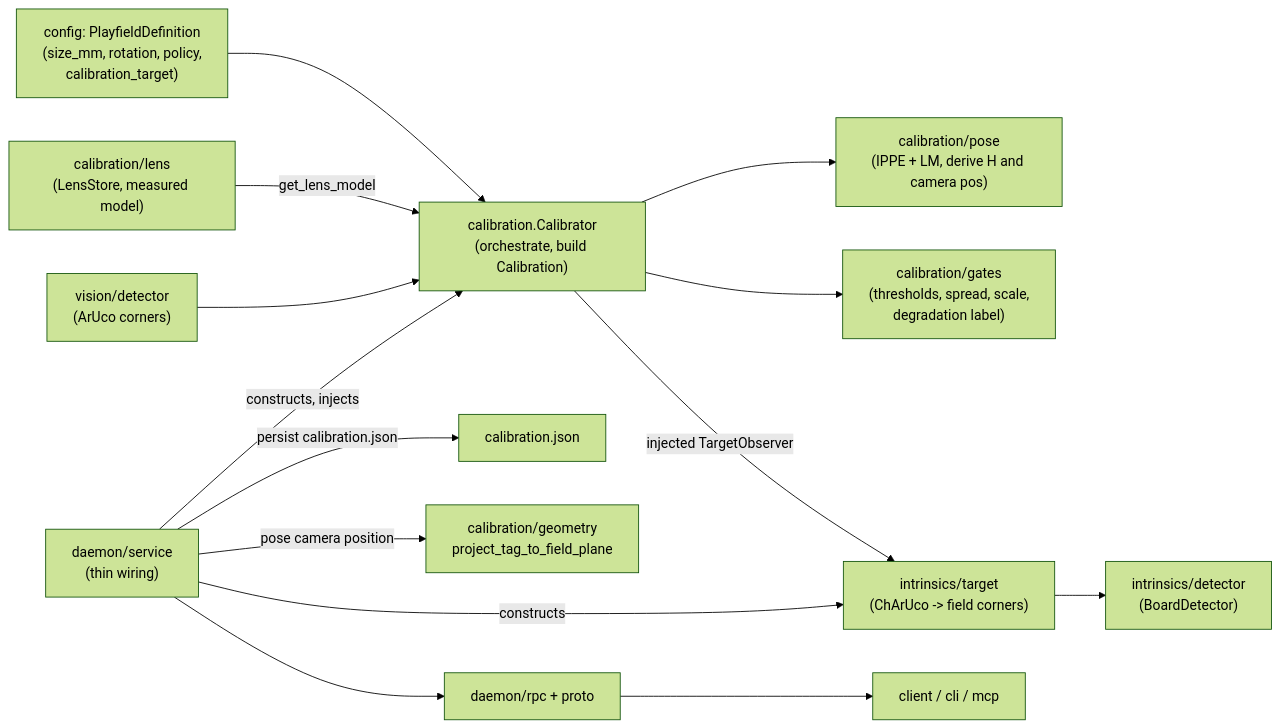
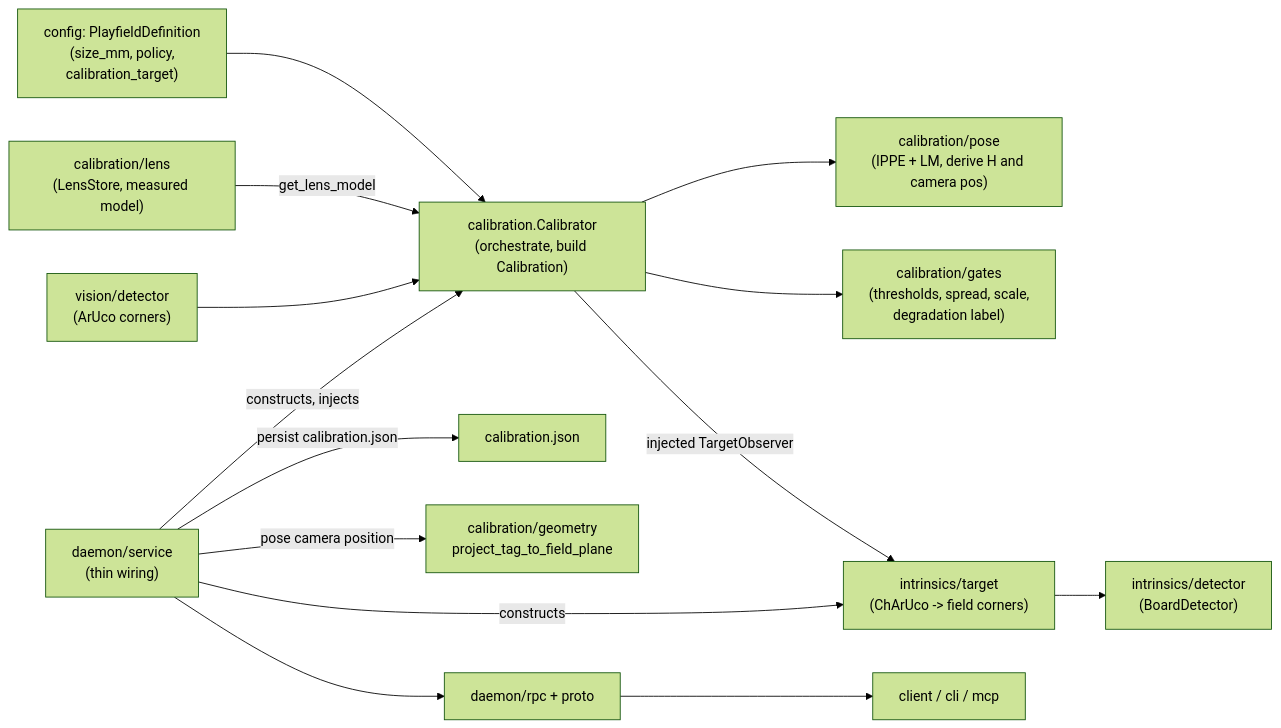
Before and after one commit to League-Robotics/aprilcam: the first of 3 diagrams in clasi/sprints/045-pose-based-playfield-calibration-from-marker-corners-and-the-measured-lens/sprint.md, drawn with Mermaid (forest theme). The commit also changed other lines of this file and 9 other files, not shown here.

````diff
--- a/clasi/sprints/045-pose-based-playfield-calibration-from-marker-corners-and-the-measured-lens/sprint.md
+++ b/clasi/sprints/045-pose-based-playfield-calibration-from-marker-corners-and-the-measured-lens/sprint.md
@@ -176,15 +179,15 @@
 ```mermaid
 flowchart LR
-    DEF["config: PlayfieldDefinition\n(size_mm, rotation, policy,\ncalibration_target)"] --> CAL
+    DEF["config: PlayfieldDefinition\n(size_mm, policy,\ncalibration_target)"] --> CAL
     LENS["calibration/lens\n(LensStore, measured model)"] -->|"get_lens_model"| CAL
     DET["vision/detector\n(ArUco corners)"] --> CAL
     CAL["calibration.Calibrator\n(orchestrate, build Calibration)"] --> POSE["calibration/pose\n(IPPE + LM, derive H and camera pos)"]
     CAL --> GATES["calibration/gates\n(thresholds, spread, scale,\ndegradation label)"]
     CAL -->|"injected TargetObserver"| OBS["intrinsics/target\n(ChArUco -> field corners)"]
     OBS --> BD["intrinsics/detector\n(BoardDetector)"]
     SVC["daemon/service\n(thin wiring)"] -->|"constructs, injects"| CAL
     SVC -->|"constructs"| OBS
     SVC -->|"persist calibration.json"| FILE["calibration.json"]
     SVC -->|"pose camera position"| PAR["calibration/geometry\nproject_tag_to_field_plane"]
     SVC --> RPC["daemon/rpc + proto"] --> CLIENT["client / cli / mcp"]
 ```
````
